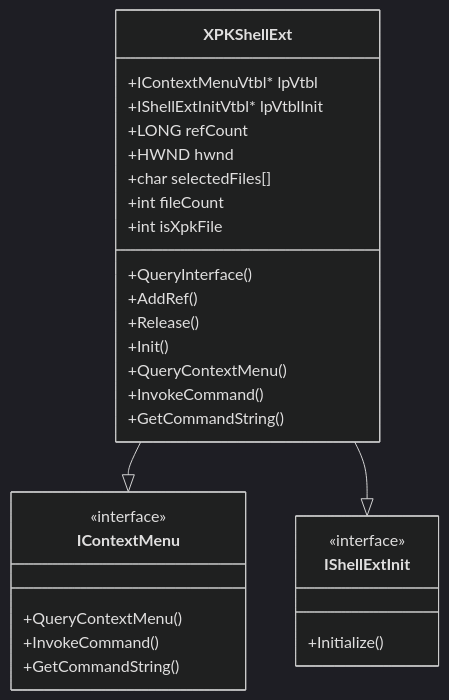
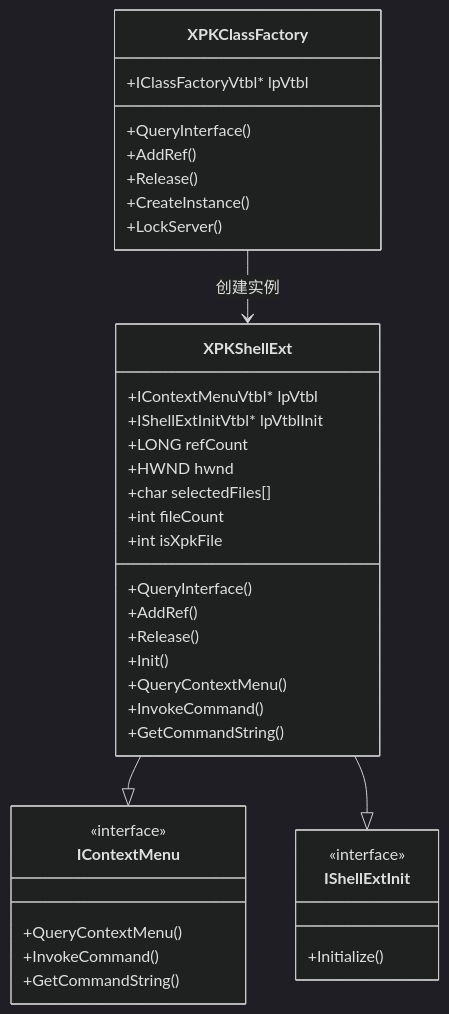
The second of 11 diagrams in .qoder/repowiki/zh/content/开发者指南/xpkgui Windows Shell 扩展.md (xywhsoft/xpack), drawn with Mermaid (dark theme) before and after one commit. The commit also changed other lines of this file and 14 other files, not shown here.

````diff
--- a/.qoder/repowiki/zh/content/开发者指南/xpkgui Windows Shell 扩展.md
+++ b/.qoder/repowiki/zh/content/开发者指南/xpkgui Windows Shell 扩展.md
@@ -86,31 +97,40 @@
 ```mermaid
 classDiagram
 class XPKShellExt {
 +IContextMenuVtbl* lpVtbl
 +IShellExtInitVtbl* lpVtblInit
 +LONG refCount
 +HWND hwnd
 +char selectedFiles[]
 +int fileCount
 +int isXpkFile
 +QueryInterface()
 +AddRef()
 +Release()
 +Init()
 +QueryContextMenu()
 +InvokeCommand()
 +GetCommandString()
 }
 class IContextMenu {
 <<interface>>
 +QueryContextMenu()
 +InvokeCommand()
 +GetCommandString()
 }
 class IShellExtInit {
 <<interface>>
 +Initialize()
 }
+class XPKClassFactory {
++IClassFactoryVtbl* lpVtbl
++QueryInterface()
++AddRef()
++Release()
++CreateInstance()
++LockServer()
+}
 XPKShellExt --|> IContextMenu
 XPKShellExt --|> IShellExtInit
+XPKClassFactory --> XPKShellExt : 创建实例
 ```
````
